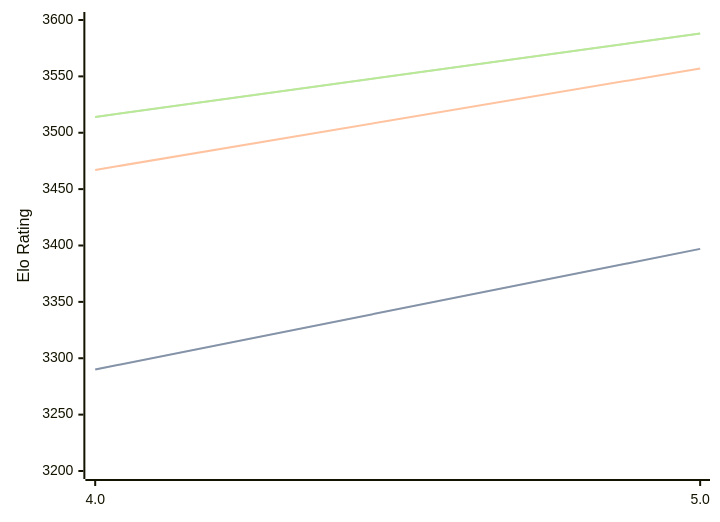
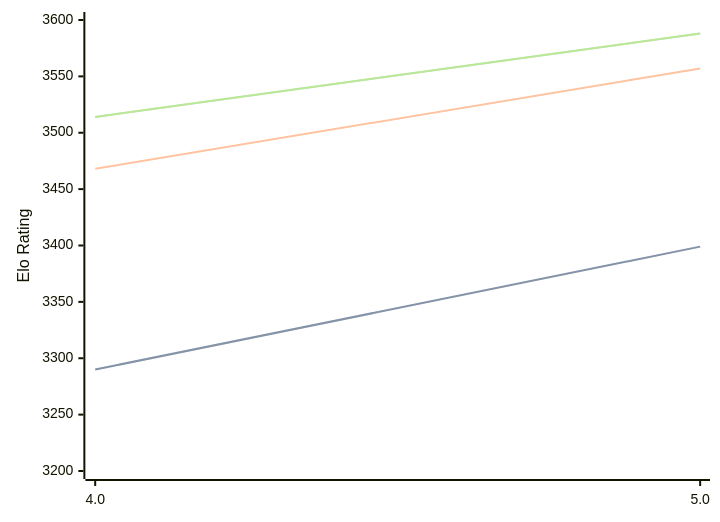
The diagram in engines/Tarnished.md (computer-chess-index/cci), drawn with Mermaid before and after one commit. The commit also changed other lines of this file, not shown here.

Commit message:
Update CCI Ratings (ELO VLTC) - 2026-02-18

````diff
--- a/engines/Tarnished.md
+++ b/engines/Tarnished.md
@@ -33,11 +33,11 @@
 ```mermaid
 %%{init: {"theme":"base","themeVariables":{"seriesColors:['#a3a3a3','#222221','#faa371']}}}%%
 xychart-beta
   x-axis ["4.0", "5.0"]
   y-axis "Elo Rating" 3200 --> 3600
-  line "STC (8.0+0.08s)" [3290, 3397]
-  line "STC (8.0+0.08s)" [3290, 3397]
-  line "LTC (60.0+0.60s)" [3467, 3557]
+  line "STC (8.0+0.08s)" [3290, 3399]
+  line "STC (8.0+0.08s)" [3290, 3399]
+  line "LTC (60.0+0.60s)" [3468, 3557]
   line "VLTC (2m24s+1.12s)" [3514, 3588]
   line "VLTC (2m24s+1.12s)" [3514, 3588]
 ```
````
